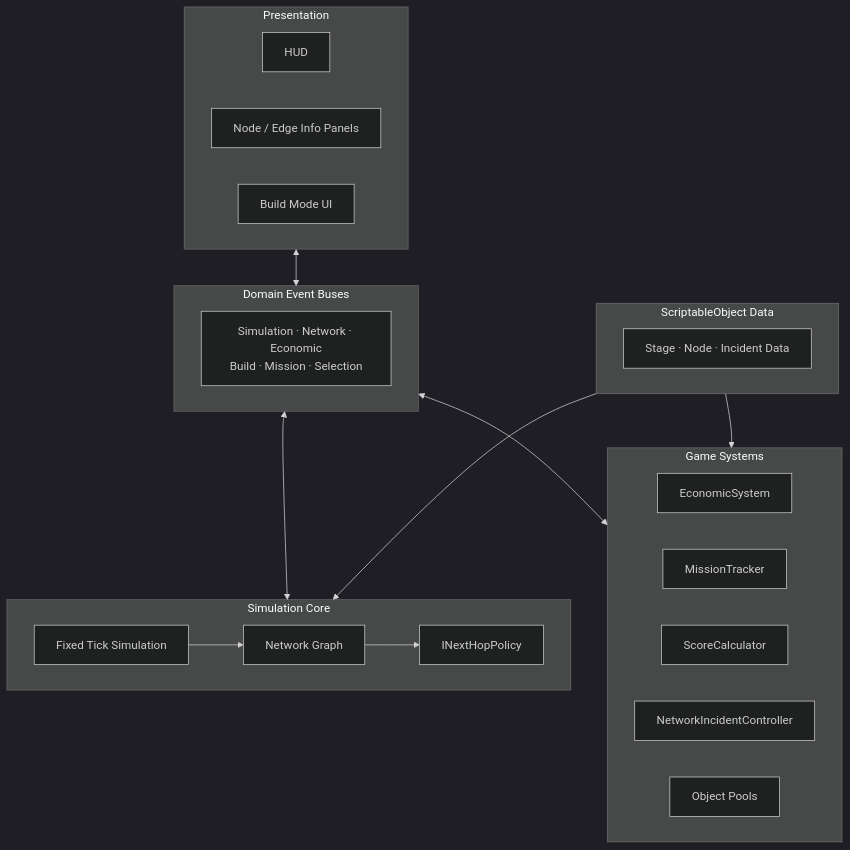
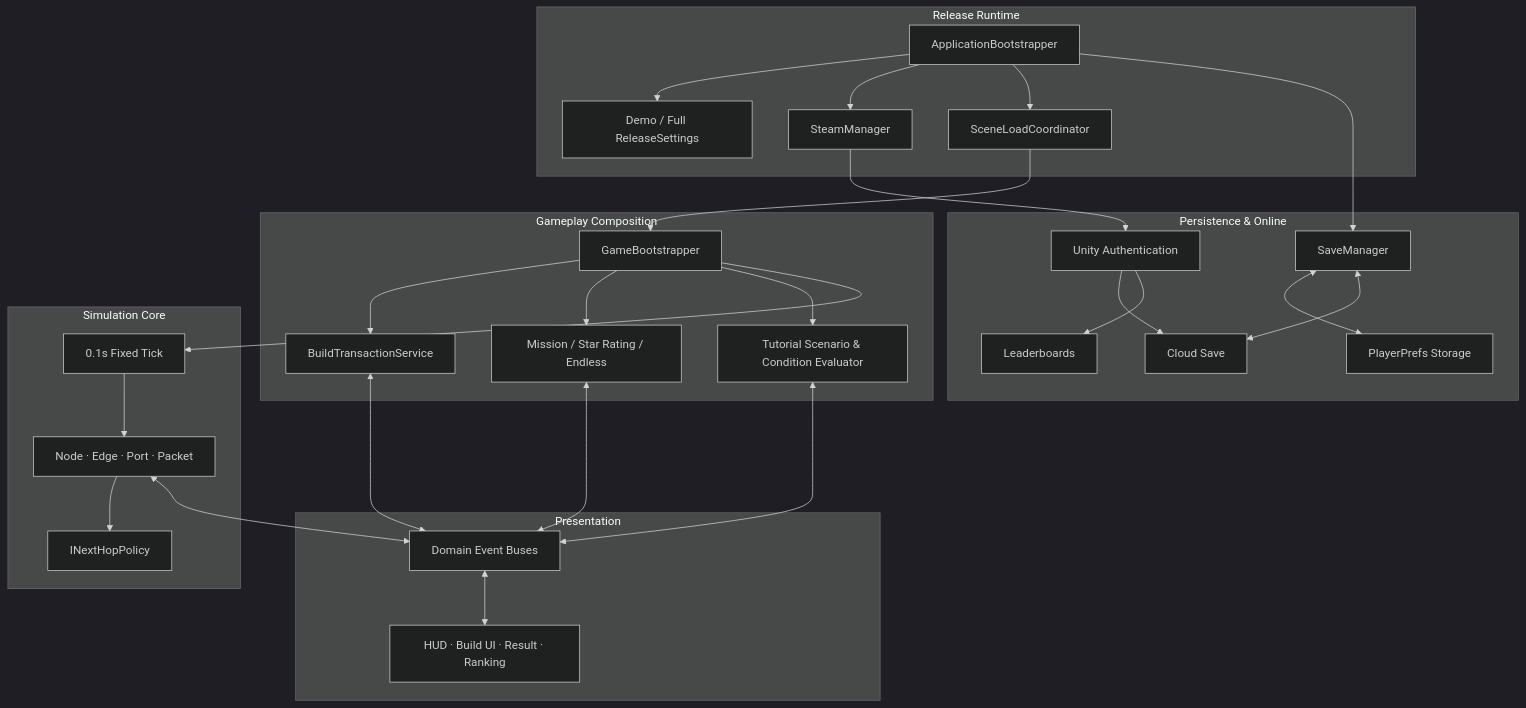
Before and after one commit to parkwonkuku/EndGame-Network-Simulator: the first of 2 diagrams in docs/architecture.md, drawn with Mermaid (dark theme). The commit also changed other lines of this file and 7 other files, not shown here.

Commit message:
docs: update portfolio for Steam demo release

````diff
--- a/docs/architecture.md
+++ b/docs/architecture.md
@@ -9,38 +13,57 @@
 ```mermaid
 flowchart TB
-    subgraph Presentation["Presentation"]
-        HUD["HUD"]
-        INFO["Node / Edge Info Panels"]
-        BUILD["Build Mode UI"]
+    subgraph Runtime["Release Runtime"]
+        BOOT["ApplicationBootstrapper"]
+        RELEASE["Demo / Full ReleaseSettings"]
+        STEAM["SteamManager"]
+        LOAD["SceneLoadCoordinator"]
+        BOOT --> RELEASE
+        BOOT --> STEAM
+        BOOT --> LOAD
     end
 
-    subgraph Bus["Domain Event Buses"]
-        EB["Simulation · Network · Economic<br/>Build · Mission · Selection"]
+    subgraph Online["Persistence & Online"]
+        SAVE["SaveManager"]
+        LOCAL["PlayerPrefs Storage"]
+        AUTH["Unity Authentication"]
+        CLOUD["Cloud Save"]
+        BOARD["Leaderboards"]
+        SAVE <--> LOCAL
+        STEAM --> AUTH
+        AUTH --> CLOUD
+        AUTH --> BOARD
+        SAVE <--> CLOUD
+    end
+
+    subgraph Gameplay["Gameplay Composition"]
+        GAME["GameBootstrapper"]
+        BUILD["BuildTransactionService"]
+        MISSION["Mission / Star Rating / Endless"]
+        TUTORIAL["Tutorial Scenario & Condition Evaluator"]
     end
 
     subgraph Core["Simulation Core"]
-        SIM["Fixed Tick Simulation"]
-        GRAPH["Network Graph"]
+        SIM["0.1s Fixed Tick"]
+        GRAPH["Node · Edge · Port · Packet"]
         POLICY["INextHopPolicy"]
+        SIM --> GRAPH
+        GRAPH --> POLICY
     end
 
-    subgraph Systems["Game Systems"]
-        ECON["EconomicSystem"]
-        MISSION["MissionTracker"]
-        SCORE["ScoreCalculator"]
-        INCIDENT["NetworkIncidentController"]
-        POOL["Object Pools"]
+    subgraph Presentation["Presentation"]
+        BUS["Domain Event Buses"]
+        UI["HUD · Build UI · Result · Ranking"]
+        BUS <--> UI
     end
 
-    subgraph Data["ScriptableObject Data"]
-        SO["Stage · Node · Incident Data"]
-    end
-
-    Presentation <--> Bus
-    Bus <--> Core
-    Bus <--> Systems
-    SIM --> GRAPH
-    GRAPH --> POLICY
-    Data --> Core
-    Data --> Systems
+    BOOT --> SAVE
+    LOAD --> GAME
+    GAME --> BUILD
+    GAME --> MISSION
+    GAME --> TUTORIAL
+    GAME --> SIM
+    BUILD <--> BUS
+    MISSION <--> BUS
+    TUTORIAL <--> BUS
+    GRAPH <--> BUS
 ```
````
